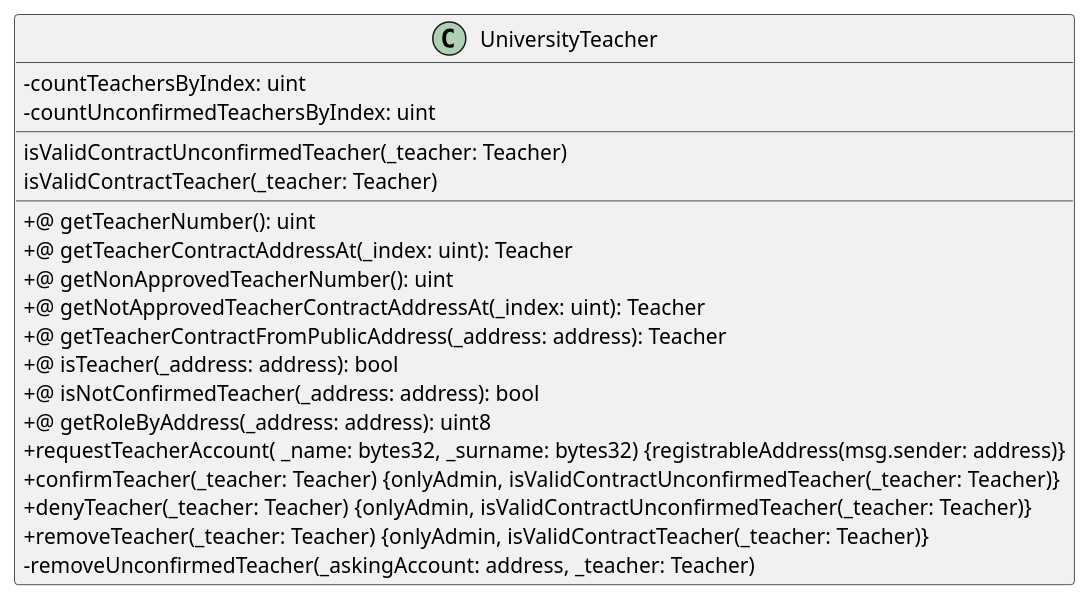
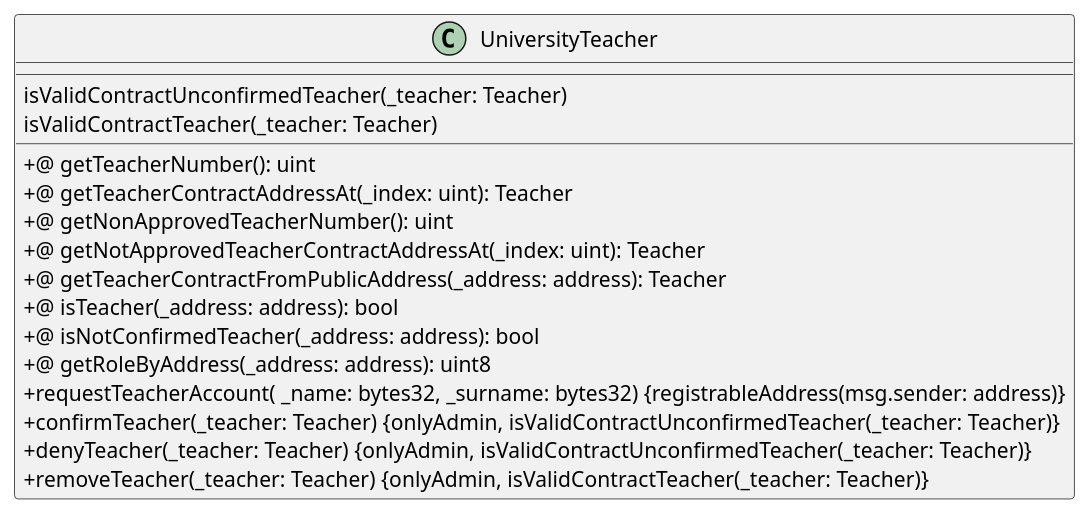
One commit to M9k/Marvin-Uml changed the diagram in Solidity/Contracts/UniversityTeacher.iuml. Above: the diagram before and after it, drawn with PlantUML. The commit also changed 7 other files, not shown here.

```diff
--- a/Solidity/Contracts/UniversityTeacher.iuml
+++ b/Solidity/Contracts/UniversityTeacher.iuml
@@ -1,24 +1,21 @@
 @startuml
 skinparam classAttributeIconSize 0
 class UniversityTeacher{
-- countTeachersByIndex: uint
-- countUnconfirmedTeachersByIndex: uint
 __
 isValidContractUnconfirmedTeacher(_teacher: Teacher)
 isValidContractTeacher(_teacher: Teacher)
 __
 +@ getTeacherNumber(): uint
 +@ getTeacherContractAddressAt(_index: uint): Teacher
 +@ getNonApprovedTeacherNumber(): uint
 +@ getNotApprovedTeacherContractAddressAt(_index: uint): Teacher
 +@ getTeacherContractFromPublicAddress(_address: address): Teacher
 +@ isTeacher(_address: address): bool
 +@ isNotConfirmedTeacher(_address: address): bool
 +@ getRoleByAddress(_address: address): uint8
 + requestTeacherAccount( _name: bytes32, _surname: bytes32) {registrableAddress(msg.sender: address)}
 + confirmTeacher(_teacher: Teacher) {onlyAdmin, isValidContractUnconfirmedTeacher(_teacher: Teacher)}
 + denyTeacher(_teacher: Teacher) {onlyAdmin, isValidContractUnconfirmedTeacher(_teacher: Teacher)}
 + removeTeacher(_teacher: Teacher) {onlyAdmin, isValidContractTeacher(_teacher: Teacher)}
-- removeUnconfirmedTeacher(_askingAccount: address, _teacher: Teacher)
 }
 @enduml
```
